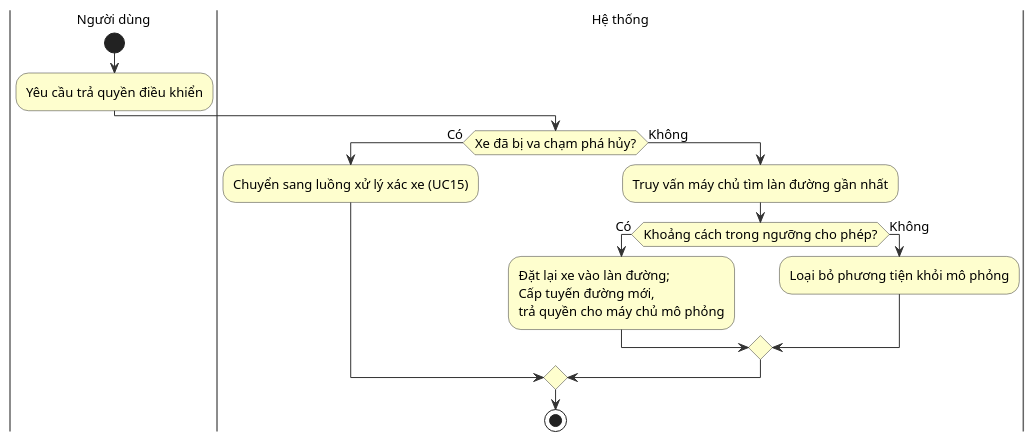
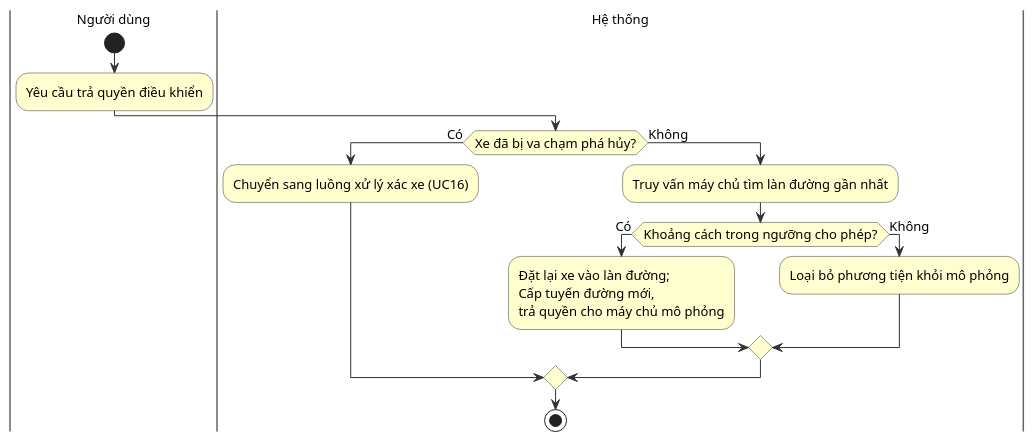
The diagram in DiagramsCode/hinh2.9-hoat-dong-uc14.puml (MinhHoang137/SUMO-GR1), drawn with PlantUML before and after one commit. The commit also changed 33 other files, not shown here.

```diff
--- a/DiagramsCode/hinh2.9-hoat-dong-uc14.puml
+++ b/DiagramsCode/hinh2.9-hoat-dong-uc14.puml
@@ -1,30 +1,30 @@
-@startuml hinh2.9-hoat-dong-uc14
+@startuml hinh2.9-hoat-dong-uc15
 skinparam defaultFontName Arial
 skinparam defaultFontSize 13
 skinparam ActivityBackgroundColor #FEFECE
 skinparam ActivityBorderColor #333333
 skinparam ArrowColor #333333
 skinparam ActivityDiamondBackgroundColor #FEFECE
 skinparam ActivityDiamondBorderColor #333333
 skinparam SwimlaneBorderColor #666666
 skinparam SwimlaneTitleFontSize 13
 
 |Người dùng|
 start
 :Yêu cầu trả quyền điều khiển;
 
 |Hệ thống|
 if (Xe đã bị va chạm phá hủy?) then (Có)
-  :Chuyển sang luồng xử lý xác xe (UC15);
+  :Chuyển sang luồng xử lý xác xe (UC16);
 else (Không)
   :Truy vấn máy chủ tìm làn đường gần nhất;
   if (Khoảng cách trong ngưỡng cho phép?) then (Có)
     :Đặt lại xe vào làn đường;\nCấp tuyến đường mới,\ntrả quyền cho máy chủ mô phỏng;
   else (Không)
     :Loại bỏ phương tiện khỏi mô phỏng;
   endif
 endif
 
 stop
 
 @enduml
```
